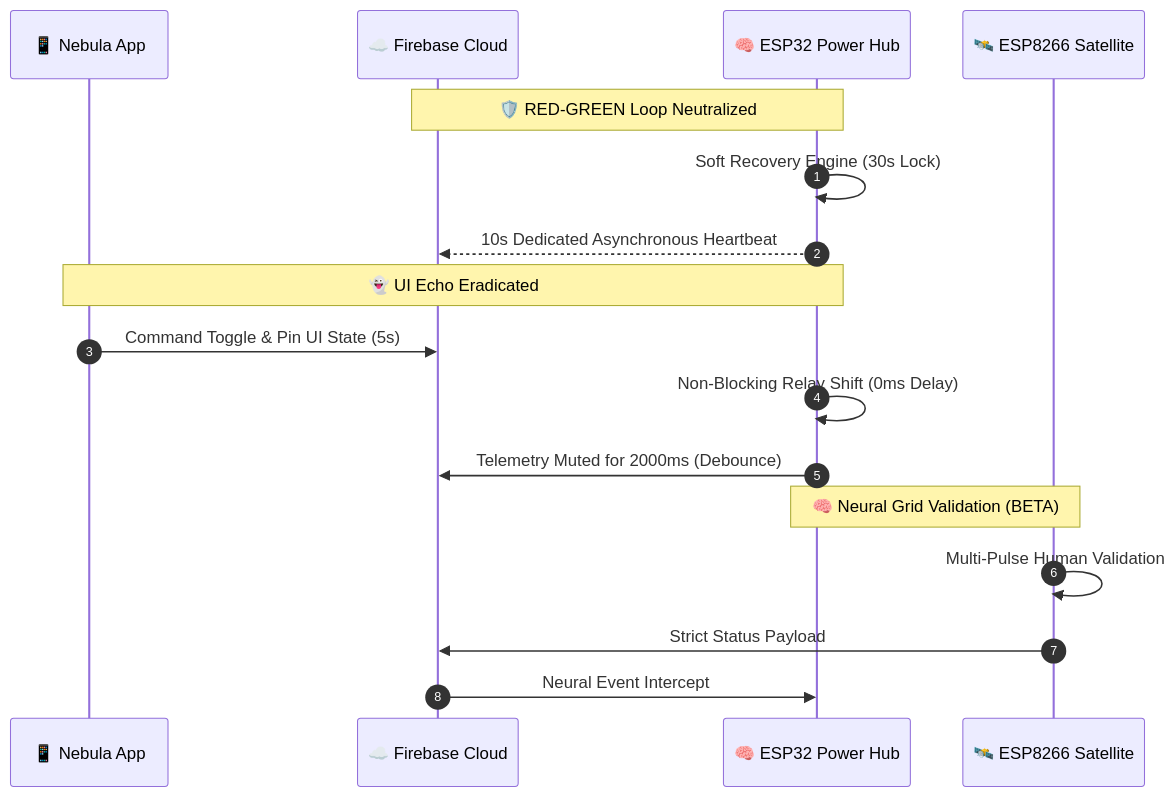
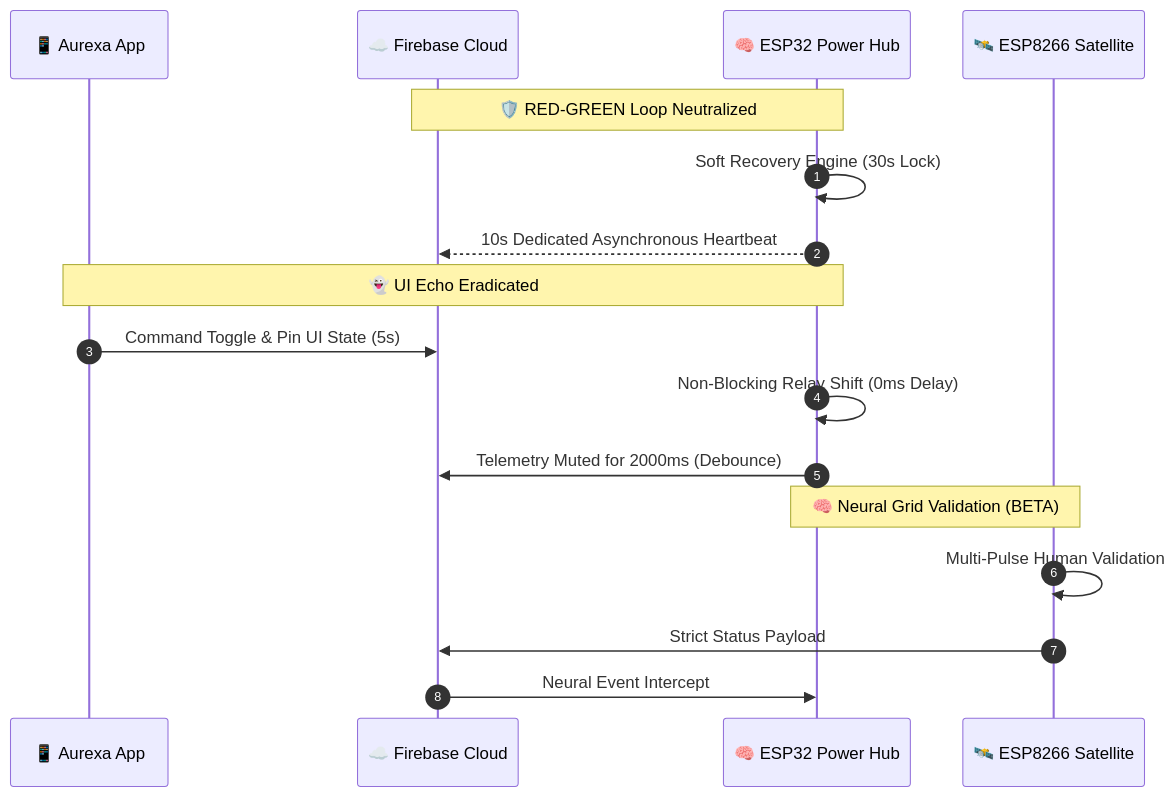
Before and after one commit to kiran-embedded/esp32-smart-light-app: the diagram in GITHUB_RELEASE.md, drawn with Mermaid. The commit also changed 16 other files, not shown here.

````diff
--- a/GITHUB_RELEASE.md
+++ b/GITHUB_RELEASE.md
@@ -102,22 +102,22 @@
 ```mermaid
 sequenceDiagram
     autonumber
-    participant App as 📱 Nebula App
+    participant App as 📱 Aurexa App
     participant Cloud as ☁️ Firebase Cloud
     participant Hub as 🧠 ESP32 Power Hub
     participant Sat as 🛰️ ESP8266 Satellite
 
     Note over Hub,Cloud: 🛡️ RED-GREEN Loop Neutralized
     Hub->>Hub: Soft Recovery Engine (30s Lock)
     Hub-->>Cloud: 10s Dedicated Asynchronous Heartbeat
     
     Note over App,Hub: 👻 UI Echo Eradicated
     App->>Cloud: Command Toggle & Pin UI State (5s)
     Hub->>Hub: Non-Blocking Relay Shift (0ms Delay)
     Hub->>Cloud: Telemetry Muted for 2000ms (Debounce)
     
     Note over Sat,Hub: 🧠 Neural Grid Validation (BETA)
     Sat->>Sat: Multi-Pulse Human Validation
     Sat->>Cloud: Strict Status Payload
     Cloud->>Hub: Neural Event Intercept
 ```
````
